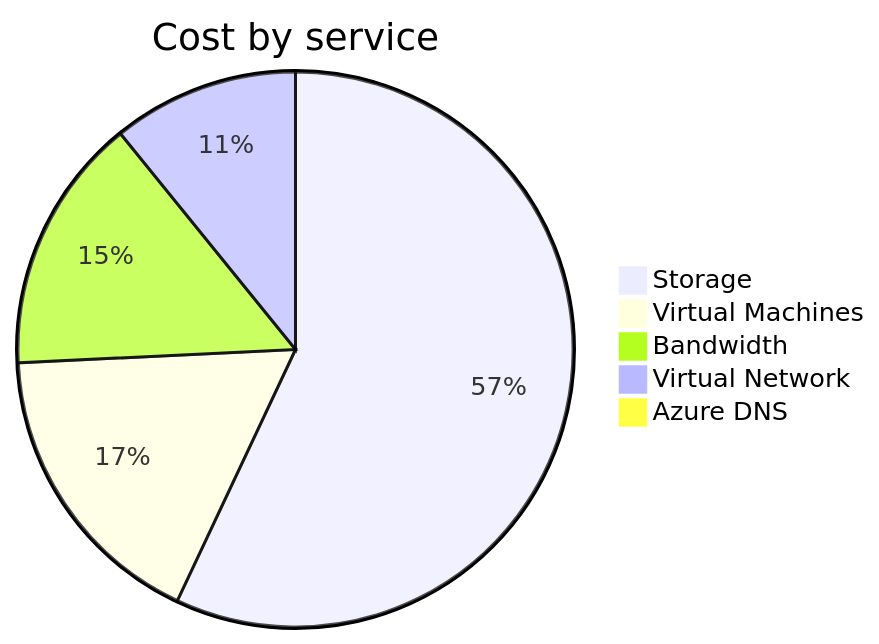
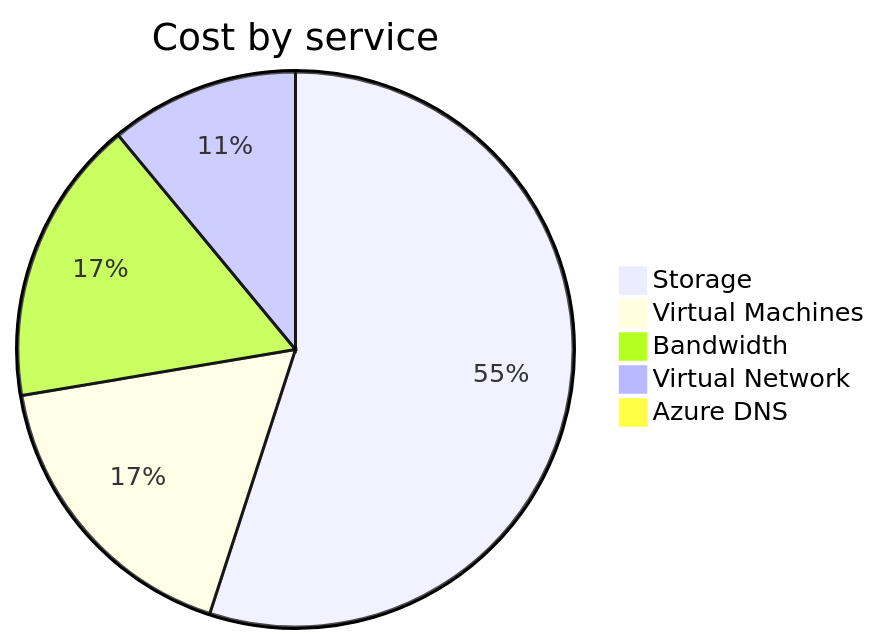
Before and after one commit to jpfulton/azure-personal-reports: the second of 4 diagrams in cost-reports/personal-network/README.md, drawn with Mermaid. The commit also changed other lines of this file and 8 other files, not shown here.

````diff
--- a/cost-reports/personal-network/README.md
+++ b/cost-reports/personal-network/README.md
@@ -99,9 +99,9 @@
 ```mermaid
 pie
    title Cost by service
-   "Storage" : 6.15
-   "Virtual Machines" : 1.86
-   "Bandwidth" : 1.61
-   "Virtual Network" : 1.17
-   "Azure DNS" : 0.08
+   "Storage" : 7.10
+   "Virtual Machines" : 2.24
+   "Bandwidth" : 2.15
+   "Virtual Network" : 1.42
+   "Azure DNS" : 0.10
 ```
````
